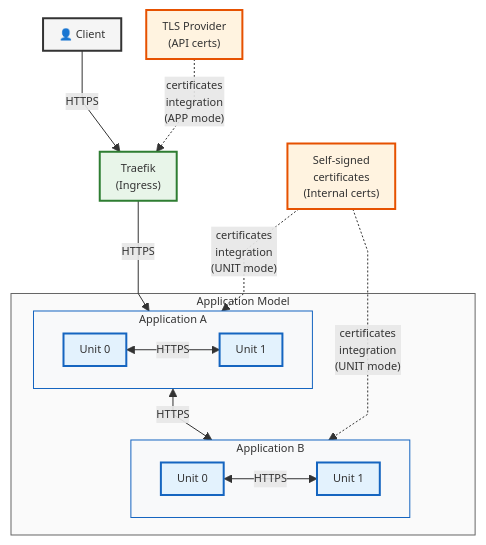
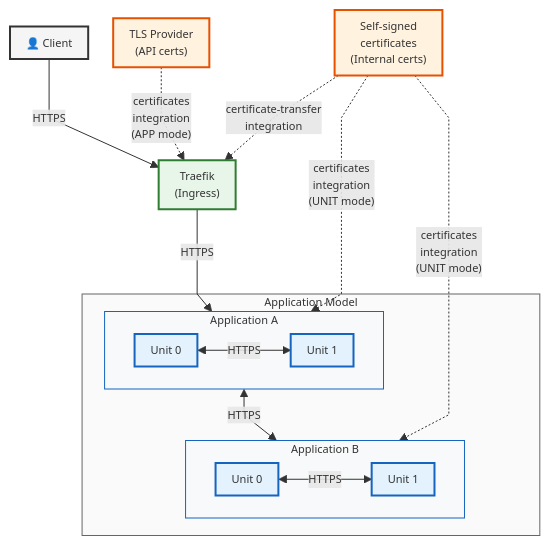
Before and after one commit to canonical/certificate-management-docs: the second of 2 diagrams in docs/operator/deployment-blueprints/securing-internal-communication.md, drawn with Mermaid. The commit also changed other lines of this file and 26 other files, not shown here.

````diff
--- a/docs/operator/deployment-blueprints/securing-internal-communication.md
+++ b/docs/operator/deployment-blueprints/securing-internal-communication.md
@@ -59,43 +59,44 @@
 ```{mermaid}
 %%{init: {'theme': 'default', 'themeVariables': {'fontSize': '11px'}, 'flowchart': {'nodeSpacing': 25, 'rankSpacing': 35, 'curve': 'linear', 'padding': 8}}}%%
 flowchart TD
     Client["👤 Client"]
-    Traefik["Traefik\n(Ingress)"]
-    APIProvider["TLS Provider\n(API certs)"]
-    InternalProvider["Self-signed\ncertificates\n(Internal certs)"]
+    Traefik["Traefik<br/>(Ingress)"]
+    APIProvider["TLS Provider<br/>(API certs)"]
+    InternalProvider["Self-signed<br/>certificates<br/>(Internal certs)"]
 
     subgraph AppModel["Application Model"]
         subgraph AppA["Application A"]
             A1["Unit 0"]
             A2["Unit 1"]
         end
         subgraph AppB["Application B"]
             B1["Unit 0"]
             B2["Unit 1"]
         end
     end
 
     Client -->|"HTTPS"| Traefik
     Traefik -->|"HTTPS"| AppA
     AppA <-->|"HTTPS"| AppB
     A1 <-->|"HTTPS"| A2
     B1 <-->|"HTTPS"| B2
 
-    APIProvider -.->|"certificates\nintegration\n(APP mode)"| Traefik
-    InternalProvider -.->|"certificates\nintegration\n(UNIT mode)"| AppA
-    InternalProvider -.->|"certificates\nintegration\n(UNIT mode)"| AppB
+    APIProvider -.->|"certificates<br/>integration<br/>(APP mode)"| Traefik
+    InternalProvider -.->|"certificate-transfer<br/>integration"| Traefik
+    InternalProvider -.->|"certificates<br/>integration<br/>(UNIT mode)"| AppA
+    InternalProvider -.->|"certificates<br/>integration<br/>(UNIT mode)"| AppB
 
     classDef client fill:#f5f5f5,stroke:#333,stroke-width:2px,color:#333
     classDef ingress fill:#E8F5E9,stroke:#2E7D32,stroke-width:2px,color:#333
     classDef provider fill:#FFF3E0,stroke:#E65100,stroke-width:2px,color:#333
     classDef unit fill:#E3F2FD,stroke:#1565C0,stroke-width:2px,color:#333
     classDef appGroup fill:#f8f9fa,stroke:#1565C0,stroke-width:1px,color:#333
     classDef model fill:#fafafa,stroke:#666,stroke-width:1px,color:#333
 
     class Client client
     class Traefik ingress
     class APIProvider,InternalProvider provider
     class A1,A2,B1,B2 unit
     class AppA,AppB appGroup
     class AppModel model
 ```
````
